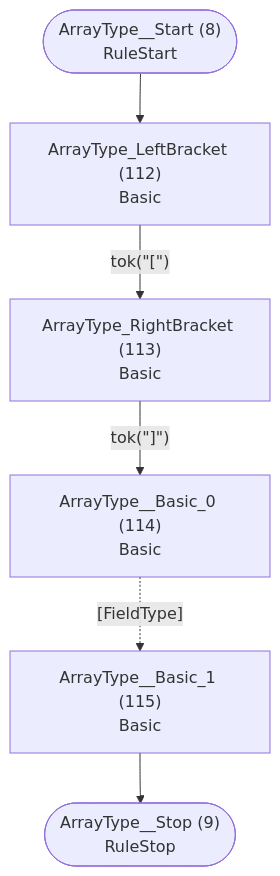
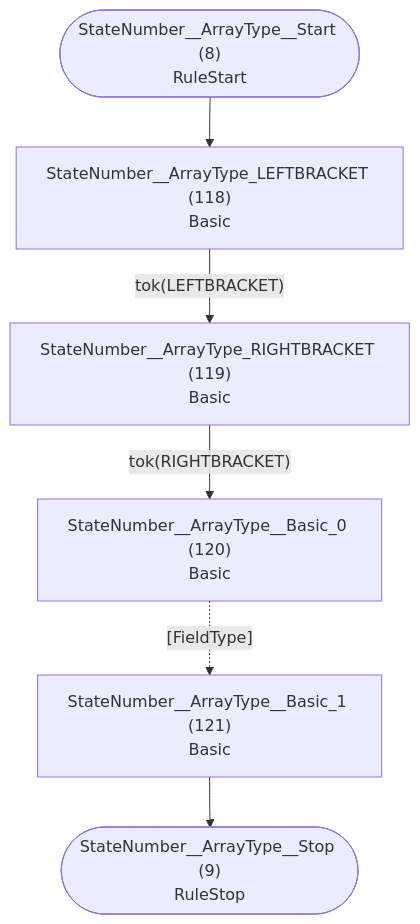
One commit to TypeFox/fastbelt changed the fifth of 32 diagrams in internal/grammar/atn.md. Above: the diagram before and after it, drawn with Mermaid. The commit also changed other lines of this file and 5 other files, not shown here.

````diff
--- a/internal/grammar/atn.md
+++ b/internal/grammar/atn.md
@@ -166,15 +166,15 @@
 ```mermaid
 flowchart TD
-    q8(["ArrayType__Start (8)<br/>RuleStart"])
-    q9(["ArrayType__Stop (9)<br/>RuleStop"])
-    q112["ArrayType_LeftBracket (112)<br/>Basic<br/>"]
-    q113["ArrayType_RightBracket (113)<br/>Basic<br/>"]
-    q114["ArrayType__Basic_0 (114)<br/>Basic<br/>"]
-    q115["ArrayType__Basic_1 (115)<br/>Basic<br/>"]
+    q8(["StateNumber__ArrayType__Start (8)<br/>RuleStart"])
+    q9(["StateNumber__ArrayType__Stop (9)<br/>RuleStop"])
+    q118["StateNumber__ArrayType_LEFTBRACKET (118)<br/>Basic<br/>"]
+    q119["StateNumber__ArrayType_RIGHTBRACKET (119)<br/>Basic<br/>"]
+    q120["StateNumber__ArrayType__Basic_0 (120)<br/>Basic<br/>"]
+    q121["StateNumber__ArrayType__Basic_1 (121)<br/>Basic<br/>"]
 
-    q8 --> q112
-    q112 -->|"tok(&quot;[&quot;)"| q113
-    q113 -->|"tok(&quot;]&quot;)"| q114
-    q114 -.->|"[FieldType]"| q115
-    q115 --> q9
+    q8 --> q118
+    q118 -->|"tok(LEFTBRACKET)"| q119
+    q119 -->|"tok(RIGHTBRACKET)"| q120
+    q120 -.->|"[FieldType]"| q121
+    q121 --> q9
 ```
````
